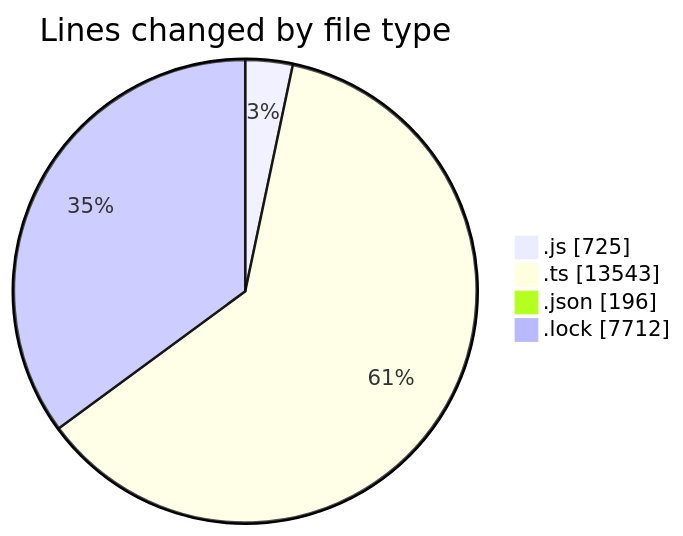
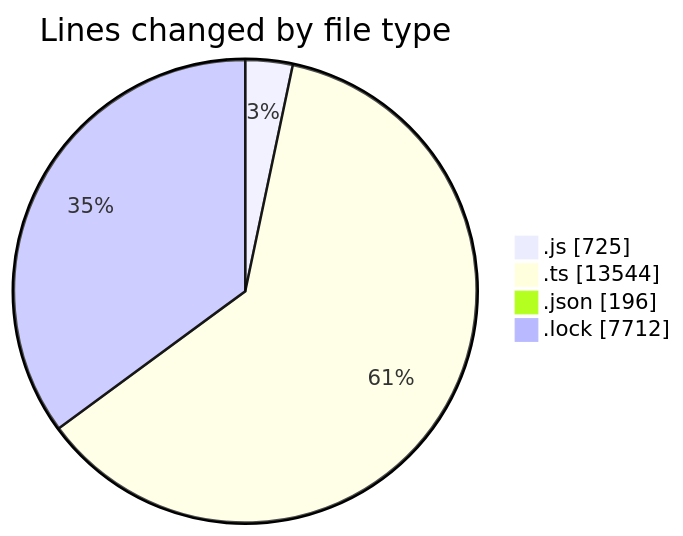
One commit to momahboobian/code-tracking changed the first of 2 diagrams in 2025-05-29/cda/README.md. Above: the diagram before and after it, drawn with Mermaid. The commit also changed other lines of this file and 1 other file, not shown here.

````diff
--- a/2025-05-29/cda/README.md
+++ b/2025-05-29/cda/README.md
@@ -36,8 +36,8 @@
 ```mermaid
 pie showData
 title Lines changed by file type
 ".js" : 725
-".ts" : 13543
+".ts" : 13544
 ".json" : 196
 ".lock" : 7712
 ```
````
